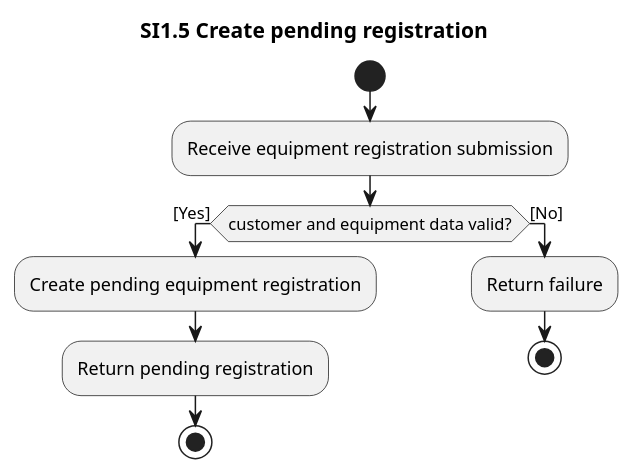
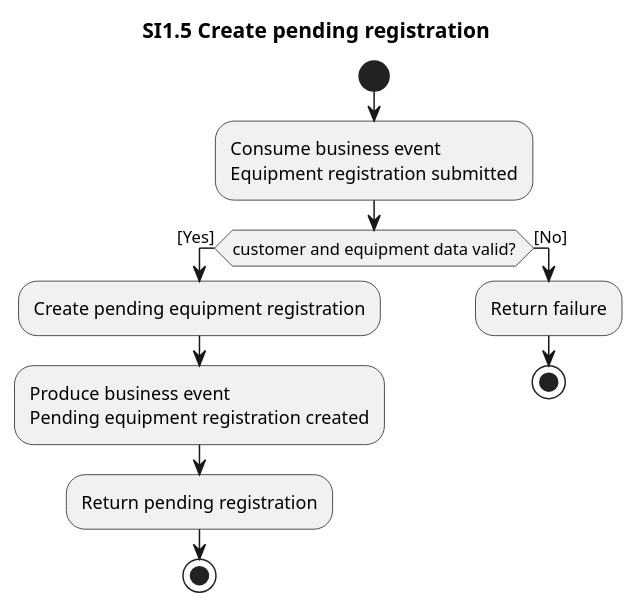
The diagram in docs/system-interactions/si1.5-create-pending-registration.pu (ottolote/fixme), drawn with PlantUML before and after one commit. The commit also changed 33 other files, not shown here.

```diff
--- a/docs/system-interactions/si1.5-create-pending-registration.pu
+++ b/docs/system-interactions/si1.5-create-pending-registration.pu
@@ -1,16 +1,19 @@
 @startuml si1.5-create-pending-registration
 title SI1.5 Create pending registration
 
 start
-:Receive equipment registration submission;
+:Consume business event
+Equipment registration submitted;
 
 if (customer and equipment data valid?) then ([Yes])
   :Create pending equipment registration;
+  :Produce business event
+Pending equipment registration created;
   :Return pending registration;
   stop
 else ([No])
   :Return failure;
   stop
 endif
 
 @enduml
```
